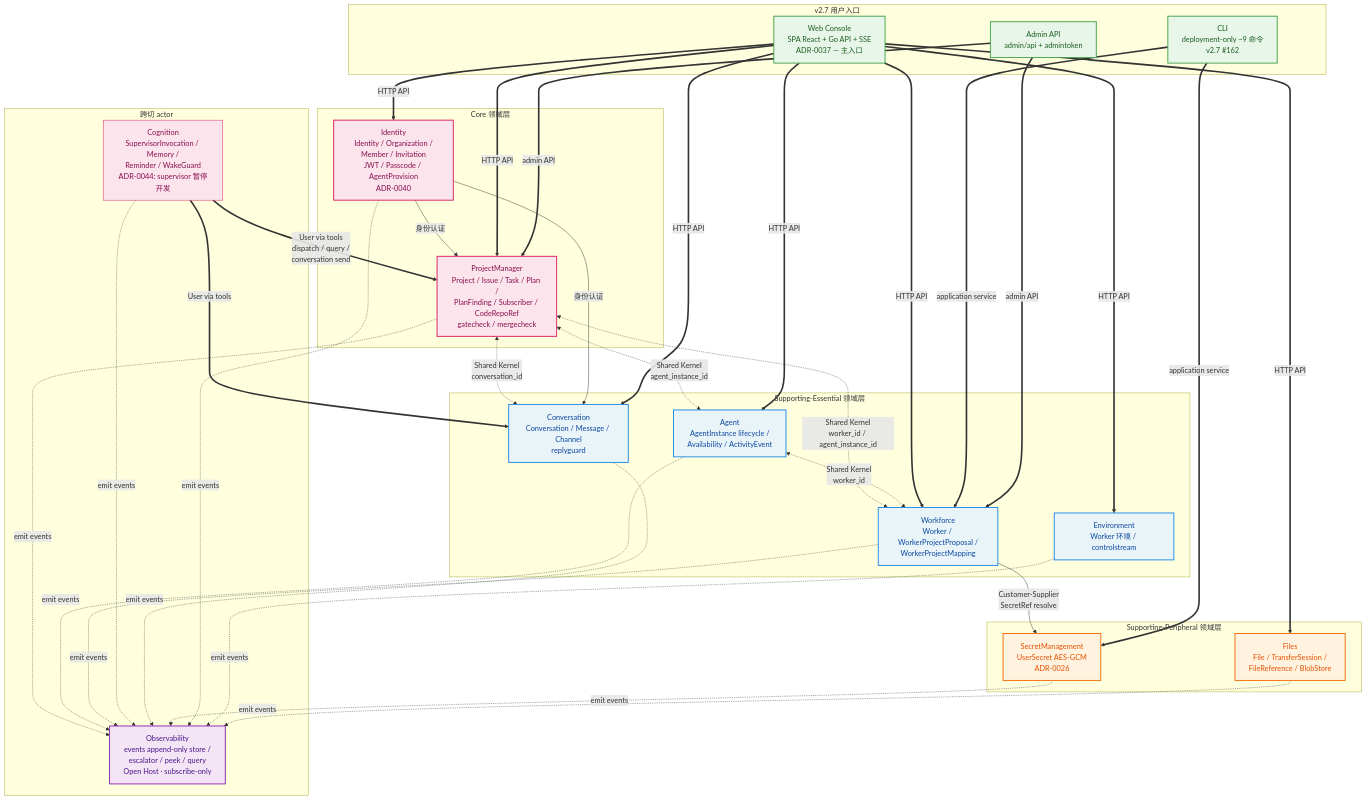
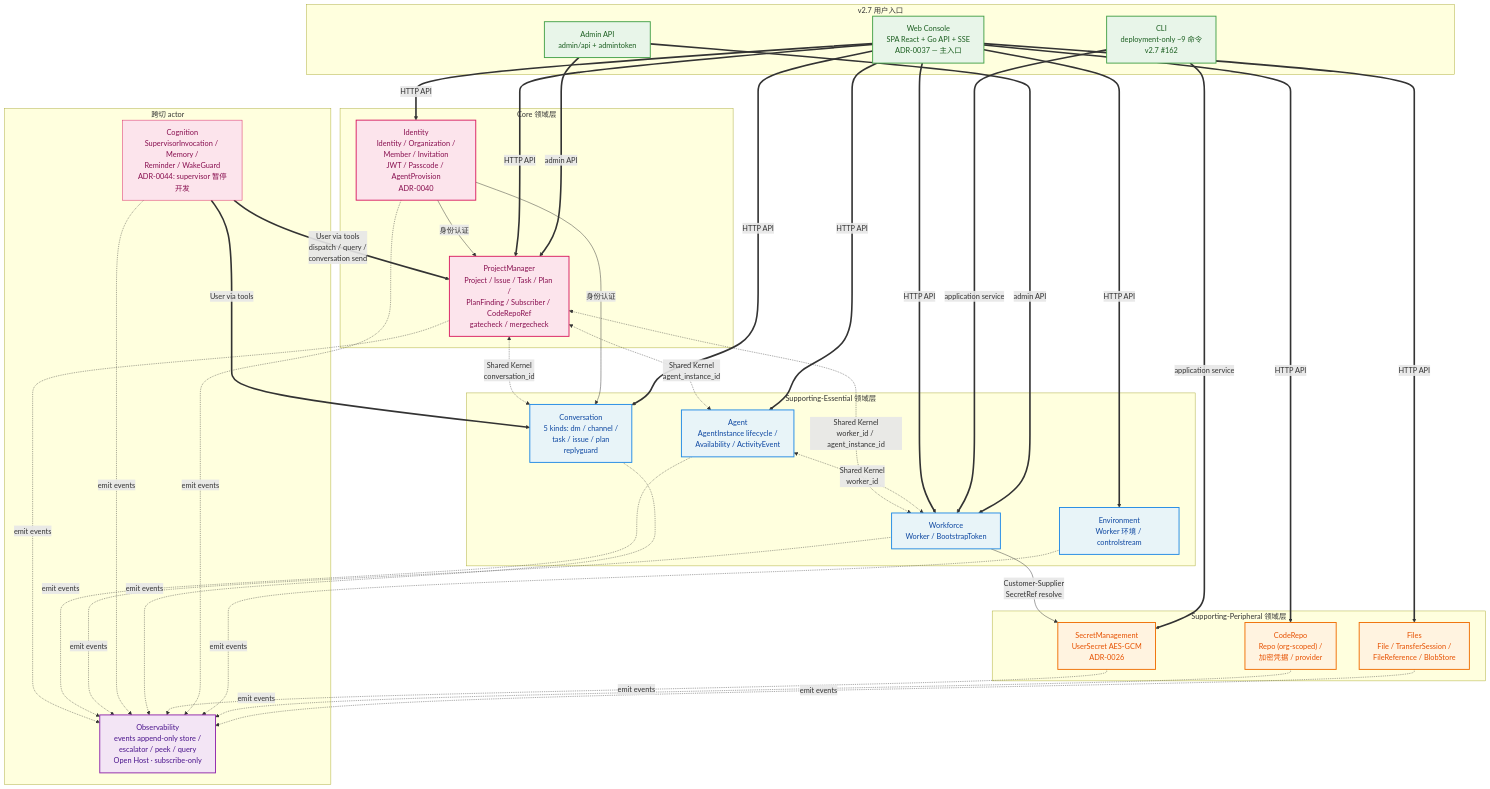
One commit to oopslink/agent-center changed the diagram in docs/design/architecture/strategic/03-bounded-contexts.md. Above: the diagram before and after it, drawn with Mermaid. The commit also changed other lines of this file, not shown here.

````diff
--- a/docs/design/architecture/strategic/03-bounded-contexts.md
+++ b/docs/design/architecture/strategic/03-bounded-contexts.md
@@ -421,76 +397,79 @@
 ```mermaid
 flowchart TB
     subgraph Entry [v2.7 用户入口]
         WEB[Web Console<br/>SPA React + Go API + SSE<br/>ADR-0037 — 主入口]
         CLI[CLI<br/>deployment-only ~9 命令<br/>v2.7 #162]
         ADMIN[Admin API<br/>admin/api + admintoken]
     end
 
     subgraph Core [Core 领域层]
         PM["ProjectManager<br/>Project / Issue / Task / Plan /<br/>PlanFinding / Subscriber / CodeRepoRef<br/>gatecheck / mergecheck"]
         IDT["Identity<br/>Identity / Organization /<br/>Member / Invitation<br/>JWT / Passcode / AgentProvision<br/>ADR-0040"]
     end
 
     subgraph Essential [Supporting-Essential 领域层]
         AGT["Agent<br/>AgentInstance lifecycle /<br/>Availability / ActivityEvent"]
-        WF["Workforce<br/>Worker / WorkerProjectProposal /<br/>WorkerProjectMapping"]
-        CONV["Conversation<br/>Conversation / Message / Channel<br/>replyguard"]
+        WF["Workforce<br/>Worker / BootstrapToken"]
+        CONV["Conversation<br/>5 kinds: dm / channel /<br/>task / issue / plan<br/>replyguard"]
         ENV["Environment<br/>Worker 环境 / controlstream"]
     end
 
     subgraph Peripheral [Supporting-Peripheral 领域层]
         SEC["SecretManagement<br/>UserSecret AES-GCM<br/>ADR-0026"]
+        CR["CodeRepo<br/>Repo (org-scoped) /<br/>加密凭据 / provider"]
         FILES["Files<br/>File / TransferSession /<br/>FileReference / BlobStore"]
     end
 
     PM <-.Shared Kernel<br/>worker_id / agent_instance_id.-> WF
     PM <-.Shared Kernel<br/>agent_instance_id.-> AGT
     PM <-.Shared Kernel<br/>conversation_id.-> CONV
     AGT <-.Shared Kernel<br/>worker_id.-> WF
     WF -- Customer-Supplier<br/>SecretRef resolve --> SEC
     IDT -- "身份认证" --> PM
     IDT -- "身份认证" --> CONV
 
     WEB == HTTP API ==> PM
     WEB == HTTP API ==> AGT
     WEB == HTTP API ==> WF
     WEB == HTTP API ==> CONV
     WEB == HTTP API ==> IDT
     WEB == HTTP API ==> ENV
     WEB == HTTP API ==> FILES
+    WEB == HTTP API ==> CR
     CLI == application service ==> WF
     CLI == application service ==> SEC
     ADMIN == admin API ==> PM
     ADMIN == admin API ==> WF
 
     subgraph CrossCutting [跨切 actor]
         COG["Cognition<br/>SupervisorInvocation / Memory /<br/>Reminder / WakeGuard<br/>ADR-0044: supervisor 暂停开发"]
         OBS["Observability<br/>events append-only store /<br/>escalator / peek / query<br/>Open Host · subscribe-only"]
     end
 
     PM -. emit events .-> OBS
     AGT -. emit events .-> OBS
     WF -. emit events .-> OBS
     COG -. emit events .-> OBS
     CONV -. emit events .-> OBS
     SEC -. emit events .-> OBS
     IDT -. emit events .-> OBS
     ENV -. emit events .-> OBS
+    CR -. emit events .-> OBS
     FILES -. emit events .-> OBS
 
     COG ==>|"User via tools<br/>dispatch / query /<br/>conversation send"| PM
     COG ==>|User via tools| CONV
 
     classDef coreBox fill:#fce4ec,stroke:#d81b60,stroke-width:2px,color:#880e4f
     classDef essentialBox fill:#e8f4f8,stroke:#1e88e5,stroke-width:2px,color:#0d47a1
     classDef peripheralBox fill:#fff3e0,stroke:#ef6c00,stroke-width:2px,color:#e65100
     classDef entryBox fill:#e8f5e9,stroke:#43a047,stroke-width:2px,color:#1b5e20
     classDef obsBox fill:#f3e5f5,stroke:#8e24aa,stroke-width:2px,color:#4a148c
     classDef cogBox fill:#fce4ec,stroke:#d81b60,stroke-width:1px,color:#880e4f
     class PM,IDT coreBox
     class AGT,WF,CONV,ENV essentialBox
-    class SEC,FILES peripheralBox
+    class SEC,CR,FILES peripheralBox
     class WEB,CLI,ADMIN entryBox
     class OBS obsBox
     class COG cogBox
 ```
````
